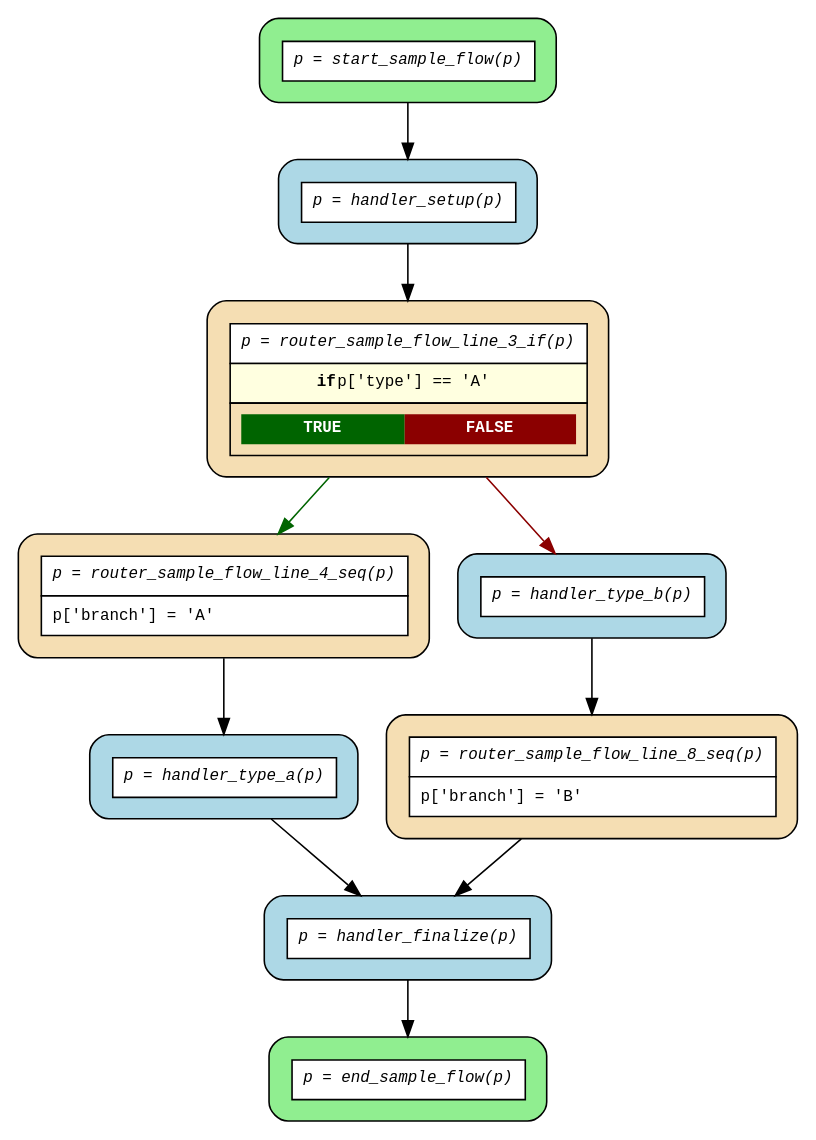
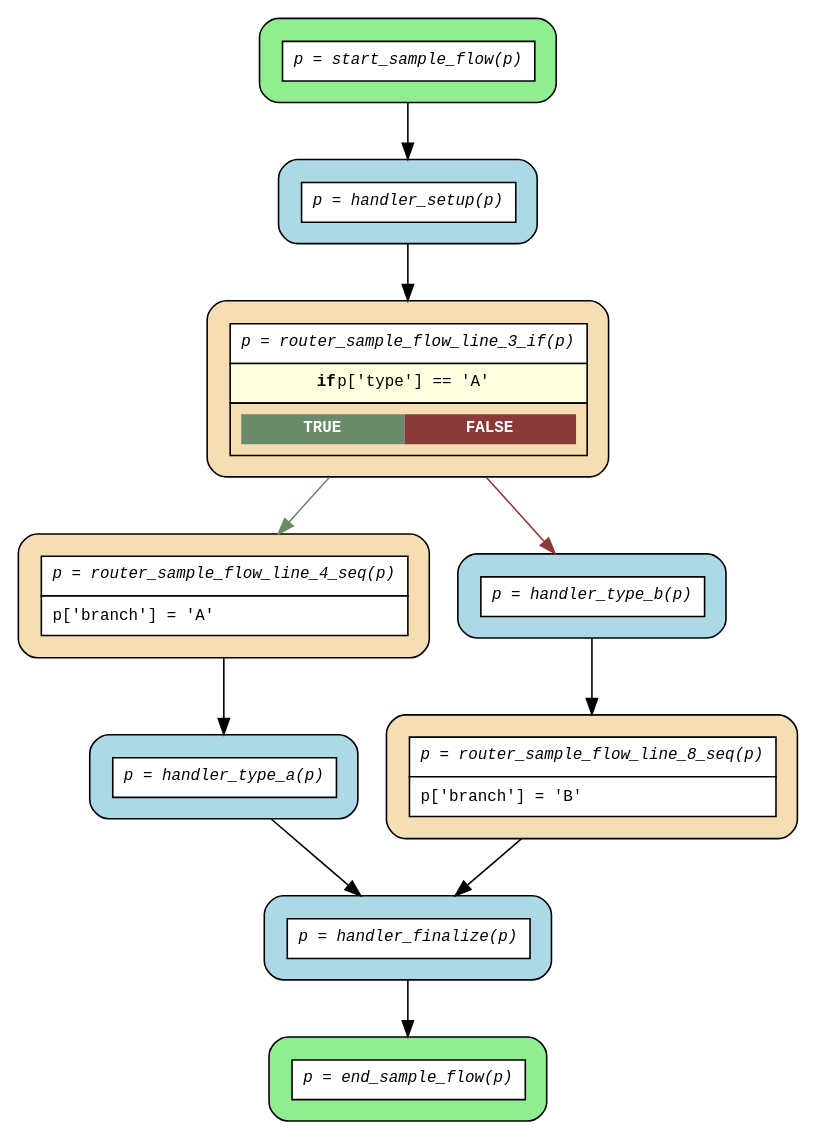
The diagram in docs/img/for-data-scientists-flows/compiled/sample_flow/flow.dot (deliveryhero/asya), drawn with Graphviz before and after one commit. The commit also changed 3 other files, not shown here.

```diff
--- a/docs/img/for-data-scientists-flows/compiled/sample_flow/flow.dot
+++ b/docs/img/for-data-scientists-flows/compiled/sample_flow/flow.dot
@@ -1,26 +1,26 @@
 digraph flow {
   rankdir=TB;
   graph [fontname="Courier", fontsize=10];
   node [fontname="Courier", fontsize=10, shape=box, style="filled,rounded", margin="0.2"];
   edge [fontname="Courier", fontsize=10];
 
   start_sample_flow [fillcolor="lightgreen", label=<<table border="0" cellspacing="0" cellpadding="6" cellborder="1"><tr><td bgcolor="white" align="center"><i>p = start_sample_flow(p)</i></td></tr></table>>];
   router_sample_flow_line_4_seq [fillcolor="wheat", label=<<table border="0" cellspacing="0" cellpadding="6" cellborder="1"><tr><td bgcolor="white" align="center"><i>p = router_sample_flow_line_4_seq(p)</i></td></tr><tr><td bgcolor="white" align="left">p['branch'] = 'A'</td></tr></table>>];
   router_sample_flow_line_8_seq [fillcolor="wheat", label=<<table border="0" cellspacing="0" cellpadding="6" cellborder="1"><tr><td bgcolor="white" align="center"><i>p = router_sample_flow_line_8_seq(p)</i></td></tr><tr><td bgcolor="white" align="left">p['branch'] = 'B'</td></tr></table>>];
-  router_sample_flow_line_3_if [fillcolor="wheat", label=<<table border="0" cellspacing="0" cellpadding="6" cellborder="1"><tr><td bgcolor="white" align="center"><i>p = router_sample_flow_line_3_if(p)</i></td></tr><tr><td bgcolor="lightyellow"><b>if</b> p['type'] == 'A'</td></tr><tr><td><table border="0" cellspacing="0" cellpadding="4"><tr><td bgcolor="darkgreen"><font color="white"><b>TRUE</b></font></td><td bgcolor="darkred"><font color="white"><b>FALSE</b></font></td></tr></table></td></tr></table>>];
+  router_sample_flow_line_3_if [fillcolor="wheat", label=<<table border="0" cellspacing="0" cellpadding="6" cellborder="1"><tr><td bgcolor="white" align="center"><i>p = router_sample_flow_line_3_if(p)</i></td></tr><tr><td bgcolor="lightyellow"><b>if</b> p['type'] == 'A'</td></tr><tr><td><table border="0" cellspacing="0" cellpadding="4"><tr><td bgcolor="darkseagreen4"><font color="white"><b>TRUE</b></font></td><td bgcolor="indianred4"><font color="white"><b>FALSE</b></font></td></tr></table></td></tr></table>>];
   end_sample_flow [fillcolor="lightgreen", label=<<table border="0" cellspacing="0" cellpadding="6" cellborder="1"><tr><td bgcolor="white" align="center"><i>p = end_sample_flow(p)</i></td></tr></table>>];
   handler_finalize [fillcolor="lightblue", label=<<table border="0" cellspacing="0" cellpadding="6" cellborder="1"><tr><td bgcolor="white" align="center"><i>p = handler_finalize(p)</i></td></tr></table>>];
   handler_setup [fillcolor="lightblue", label=<<table border="0" cellspacing="0" cellpadding="6" cellborder="1"><tr><td bgcolor="white" align="center"><i>p = handler_setup(p)</i></td></tr></table>>];
   handler_type_a [fillcolor="lightblue", label=<<table border="0" cellspacing="0" cellpadding="6" cellborder="1"><tr><td bgcolor="white" align="center"><i>p = handler_type_a(p)</i></td></tr></table>>];
   handler_type_b [fillcolor="lightblue", label=<<table border="0" cellspacing="0" cellpadding="6" cellborder="1"><tr><td bgcolor="white" align="center"><i>p = handler_type_b(p)</i></td></tr></table>>];
 
   handler_finalize -> end_sample_flow;
   handler_setup -> router_sample_flow_line_3_if;
   handler_type_a -> handler_finalize;
   handler_type_b -> router_sample_flow_line_8_seq;
-  router_sample_flow_line_3_if -> handler_type_b [color=darkred];
-  router_sample_flow_line_3_if -> router_sample_flow_line_4_seq [color=darkgreen];
+  router_sample_flow_line_3_if -> handler_type_b [color=indianred4];
+  router_sample_flow_line_3_if -> router_sample_flow_line_4_seq [color=darkseagreen4];
   router_sample_flow_line_4_seq -> handler_type_a;
   router_sample_flow_line_8_seq -> handler_finalize;
   start_sample_flow -> handler_setup;
 }
```
